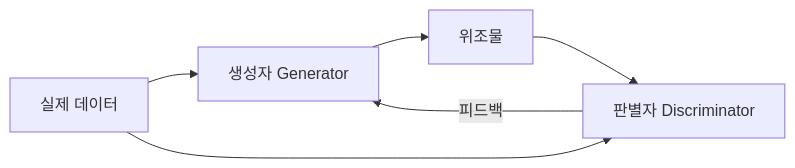
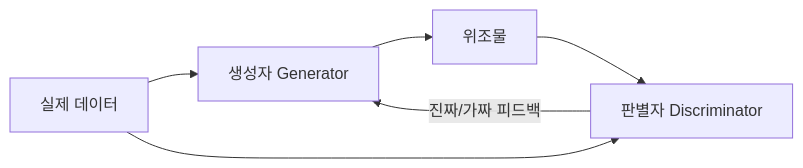
One commit to coninggu/wjdqhrhksflrltnftk changed the first of 2 diagrams in content/deepfake.md. Above: the diagram before and after it, drawn with Mermaid. The commit also changed other lines of this file and 3 other files, not shown here.

````diff
--- a/content/deepfake.md
+++ b/content/deepfake.md
@@ -14,8 +15,8 @@
 ```mermaid
 flowchart LR
   R[실제 데이터] --> G[생성자 Generator]
   G --> F[위조물]
   F --> D[판별자 Discriminator]
   R --> D
-  D -->|피드백| G
+  D -->|진짜/가짜 피드백| G
 ```
````
